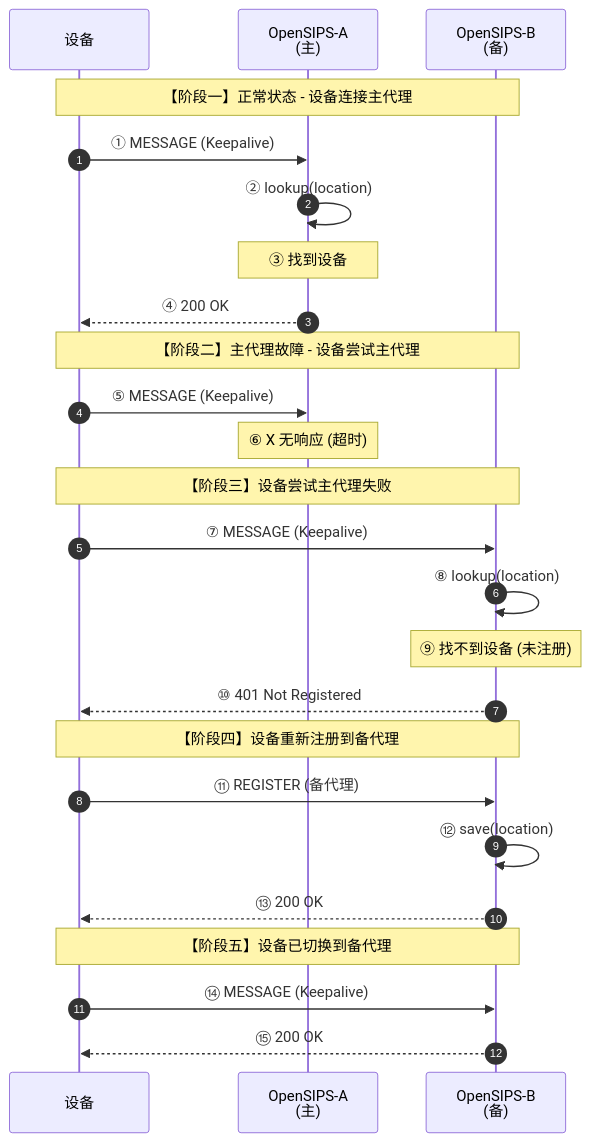
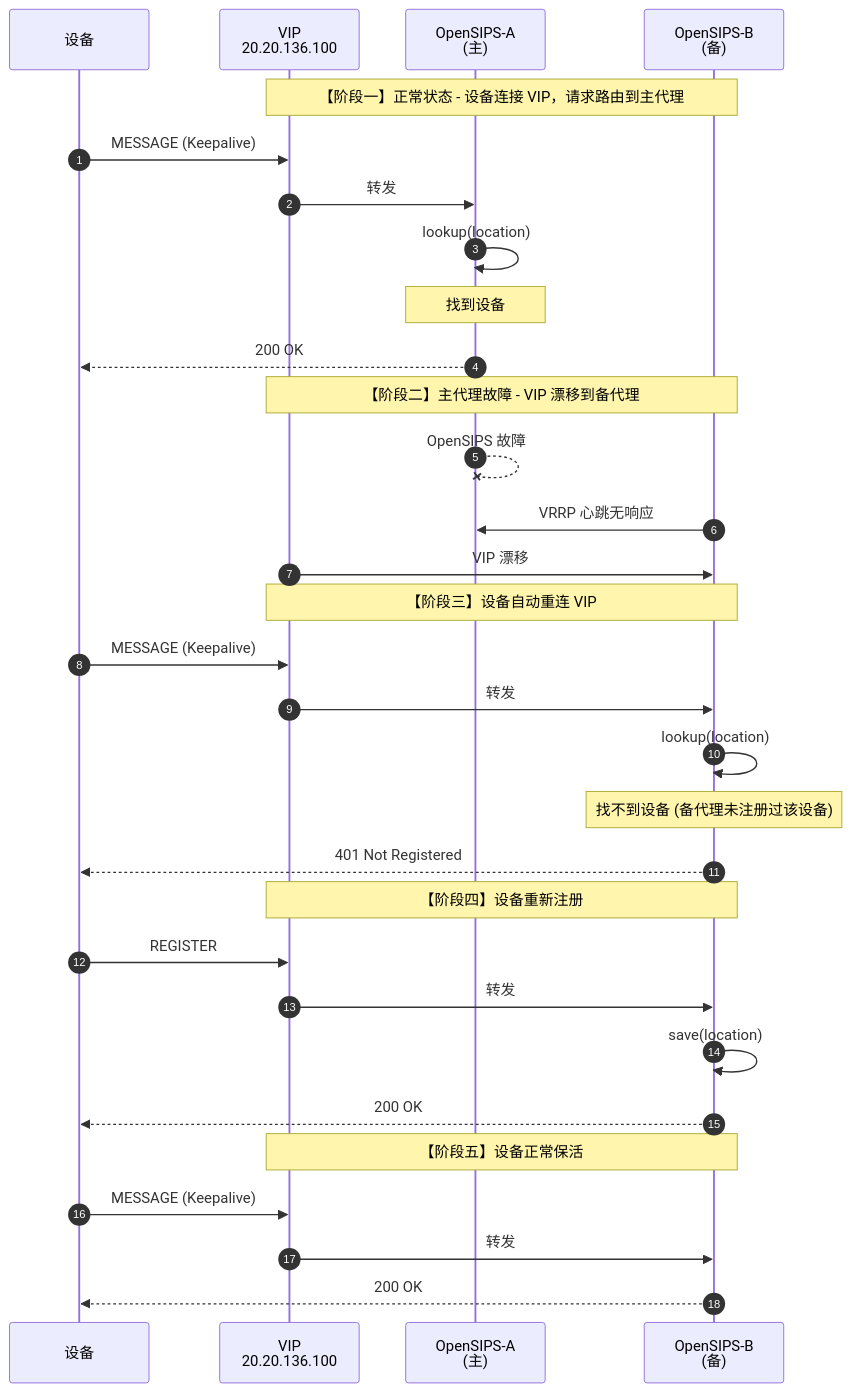
Before and after one commit to zf2zf/opensips: diagram 17 of 20 in docs/opensips_gb28181_proxy.md, drawn with Mermaid. The commit also changed other lines of this file, not shown here.

First line of the commit message:
docs: 优化架构图和常见问题，完善主备切换流程

````diff
--- a/docs/opensips_gb28181_proxy.md
+++ b/docs/opensips_gb28181_proxy.md
@@ -958,32 +980,38 @@
 ```mermaid
 sequenceDiagram
     autonumber
     participant D as 设备
+    participant VIP as VIP<br/>20.20.136.100
     participant MA as OpenSIPS-A<br/>(主)
     participant MB as OpenSIPS-B<br/>(备)
 
-    Note over D,MB: 【阶段一】正常状态 - 设备连接主代理
-    D->>MA: ① MESSAGE (Keepalive)
-    MA->>MA: ② lookup(location)
-    Note over MA: ③ 找到设备
-    MA-->>D: ④ 200 OK
+    Note over VIP,MB: 【阶段一】正常状态 - 设备连接 VIP，请求路由到主代理
+    D->>VIP: MESSAGE (Keepalive)
+    VIP->>MA: 转发
+    MA->>MA: lookup(location)
+    Note over MA: 找到设备
+    MA-->>D: 200 OK
 
-    Note over D,MB: 【阶段二】主代理故障 - 设备尝试主代理
-    D->>MA: ⑤ MESSAGE (Keepalive)
-    Note over MA: ⑥ X 无响应 (超时)
+    Note over VIP,MB: 【阶段二】主代理故障 - VIP 漂移到备代理
+    MA --x MA: OpenSIPS 故障
+    MB ->> MA: VRRP 心跳无响应
+    VIP ->> MB: VIP 漂移
 
-    Note over D,MB: 【阶段三】设备尝试主代理失败
-    D->>MB: ⑦ MESSAGE (Keepalive)
-    MB->>MB: ⑧ lookup(location)
-    Note over MB: ⑨ 找不到设备 (未注册)
-    MB-->>D: ⑩ 401 Not Registered
+    Note over VIP,MB: 【阶段三】设备自动重连 VIP
+    D->>VIP: MESSAGE (Keepalive)
+    VIP->>MB: 转发
+    MB->>MB: lookup(location)
+    Note over MB: 找不到设备 (备代理未注册过该设备)
+    MB-->>D: 401 Not Registered
 
-    Note over D,MB: 【阶段四】设备重新注册到备代理
-    D->>MB: ⑪ REGISTER (备代理)
-    MB->>MB: ⑫ save(location)
-    MB-->>D: ⑬ 200 OK
+    Note over VIP,MB: 【阶段四】设备重新注册
+    D->>VIP: REGISTER
+    VIP->>MB: 转发
+    MB->>MB: save(location)
+    MB-->>D: 200 OK
 
-    Note over D,MB: 【阶段五】设备已切换到备代理
-    D->>MB: ⑭ MESSAGE (Keepalive)
-    MB-->>D: ⑮ 200 OK
+    Note over VIP,MB: 【阶段五】设备正常保活
+    D->>VIP: MESSAGE (Keepalive)
+    VIP->>MB: 转发
+    MB-->>D: 200 OK
 ```
````
